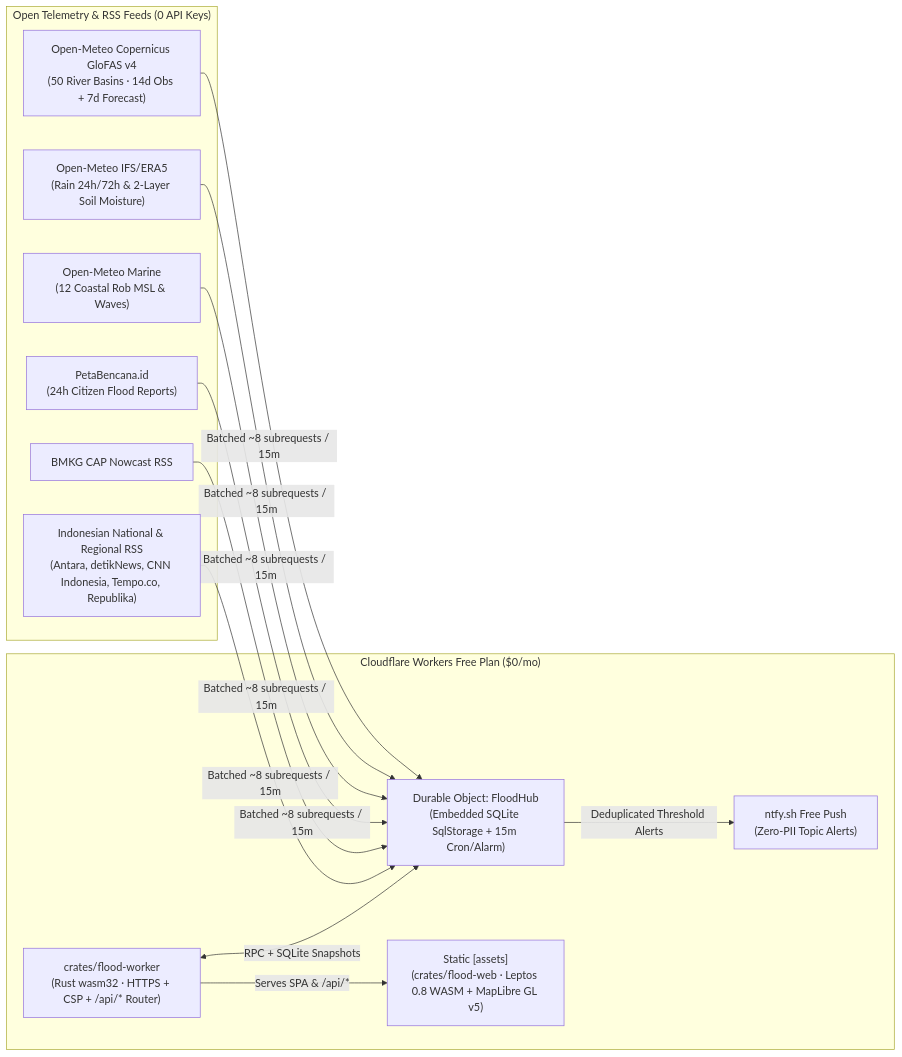
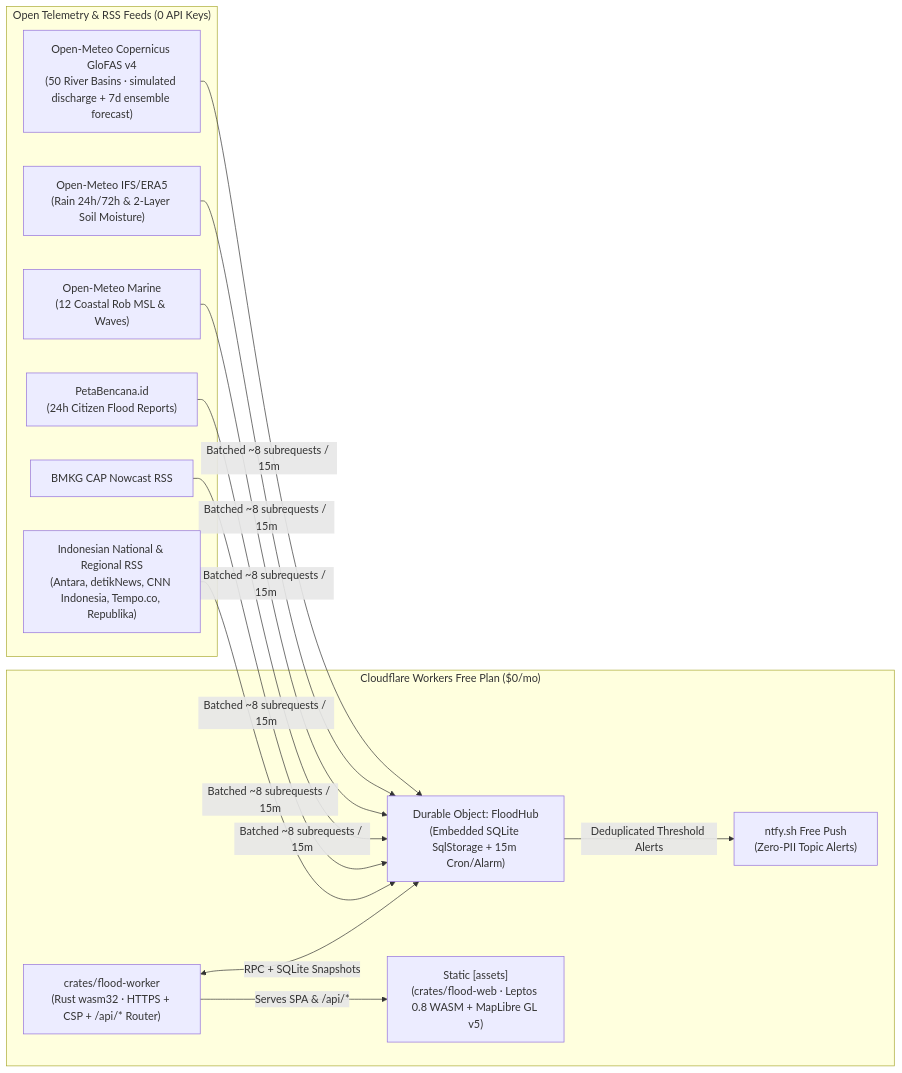
One commit to gisrad/flood-map-in-rust changed the diagram in README.md. Above: the diagram before and after it, drawn with Mermaid. The commit also changed other lines of this file and 12 other files, not shown here.

````diff
--- a/README.md
+++ b/README.md
@@ -13,23 +13,23 @@
 ```mermaid
 flowchart LR
     subgraph Upstream["Open Telemetry & RSS Feeds (0 API Keys)"]
-        GL["Open-Meteo Copernicus GloFAS v4\n(50 River Basins · 14d Obs + 7d Forecast)"]
+        GL["Open-Meteo Copernicus GloFAS v4\n(50 River Basins · simulated discharge + 7d ensemble forecast)"]
         WX["Open-Meteo IFS/ERA5\n(Rain 24h/72h & 2-Layer Soil Moisture)"]
         MR["Open-Meteo Marine\n(12 Coastal Rob MSL & Waves)"]
         PB["PetaBencana.id\n(24h Citizen Flood Reports)"]
         BM["BMKG CAP Nowcast RSS"]
         NW["Indonesian National & Regional RSS\n(Antara, detikNews, CNN Indonesia, Tempo.co, Republika)"]
     end
 
     subgraph Edge["Cloudflare Workers Free Plan ($0/mo)"]
         WK["crates/flood-worker\n(Rust wasm32 · HTTPS + CSP + /api/* Router)"]
         DO["Durable Object: FloodHub\n(Embedded SQLite SqlStorage + 15m Cron/Alarm)"]
         AS["Static [assets]\n(crates/flood-web · Leptos 0.8 WASM + MapLibre GL v5)"]
         NT["ntfy.sh Free Push\n(Zero-PII Topic Alerts)"]
     end
 
     GL & WX & MR & PB & BM & NW -->|"Batched ~8 subrequests / 15m"| DO
     WK <-->|"RPC + SQLite Snapshots"| DO
     WK -->|"Serves SPA & /api/*"| AS
     DO -->|"Deduplicated Threshold Alerts"| NT
 ```
````
